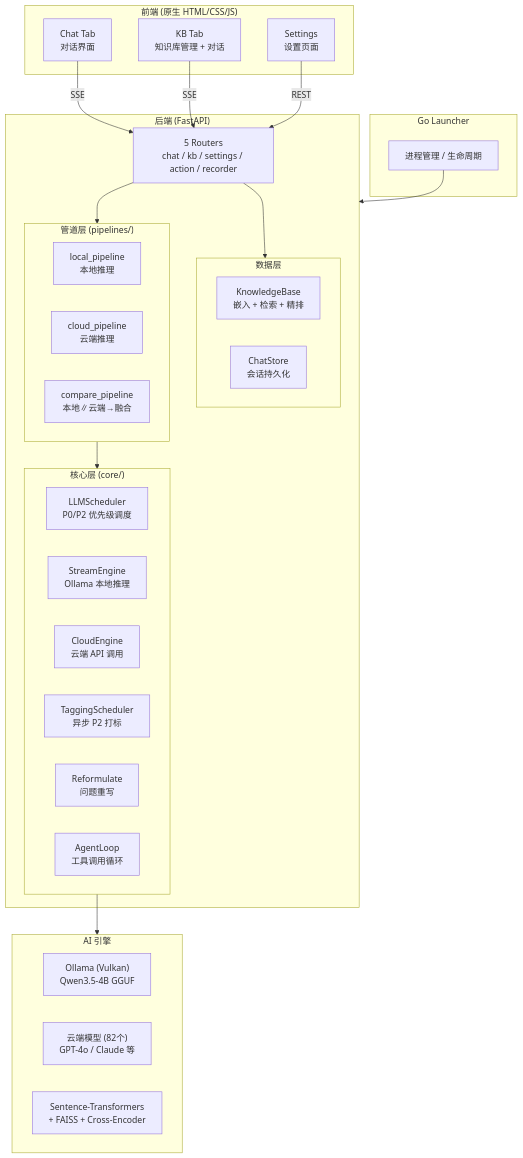
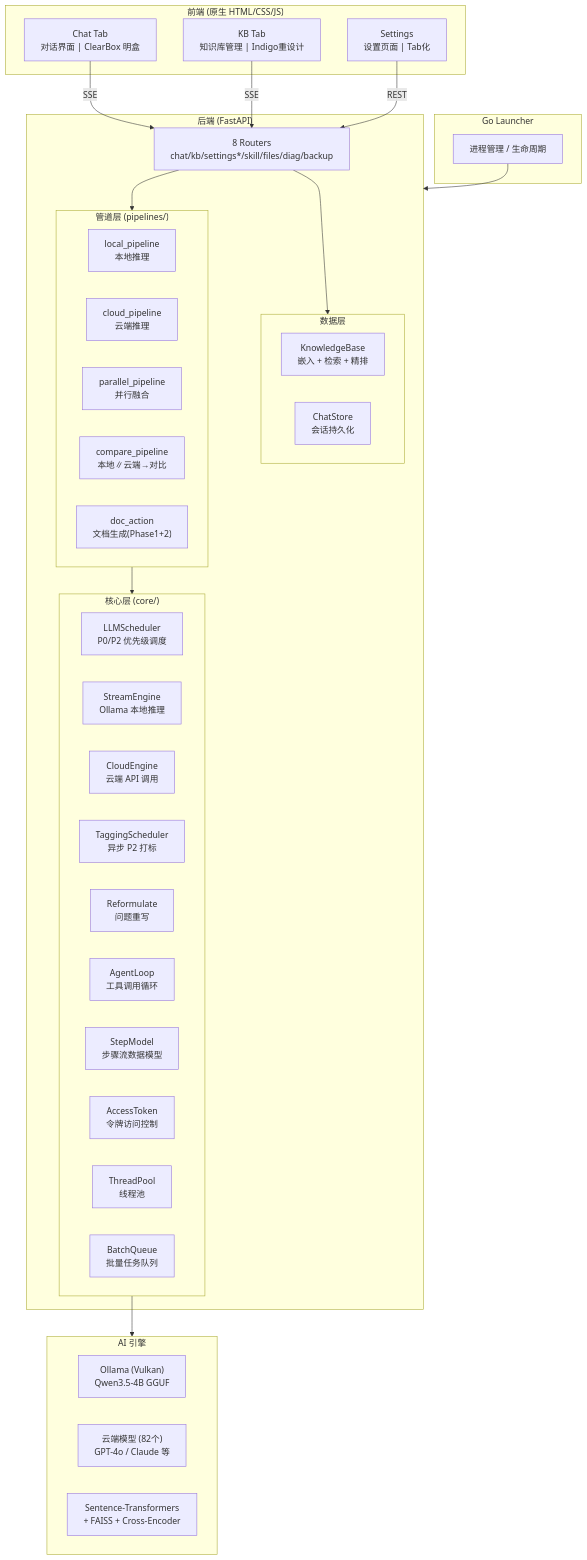
The diagram in docs/设计文档/架构与设计/v0.9-架构总览.md (zwq871482439/sidemate), drawn with Mermaid before and after one commit. The commit also changed other lines of this file and 14 other files, not shown here.

````diff
--- a/docs/设计文档/架构与设计/v0.9-架构总览.md
+++ b/docs/设计文档/架构与设计/v0.9-架构总览.md
@@ -12,51 +12,57 @@
 ```mermaid
 graph TB
     subgraph Frontend["前端 (原生 HTML/CSS/JS)"]
-        UI_CHAT["Chat Tab<br/>对话界面"]
-        UI_KB["KB Tab<br/>知识库管理 + 对话"]
-        UI_SETTINGS["Settings<br/>设置页面"]
+        UI_CHAT["Chat Tab<br/>对话界面 | ClearBox 明盒"]
+        UI_KB["KB Tab<br/>知识库管理 | Indigo重设计"]
+        UI_SETTINGS["Settings<br/>设置页面 | Tab化"]
     end
 
     subgraph Launcher["Go Launcher"]
         GO["进程管理 / 生命周期"]
     end
 
     subgraph Backend["后端 (FastAPI)"]
-        ROUTERS["5 Routers<br/>chat / kb / settings / action / recorder"]
+        ROUTERS["8 Routers<br/>chat/kb/settings*/skill/files/diag/backup"]
 
         subgraph Pipelines["管道层 (pipelines/)"]
             LOCAL_P["local_pipeline<br/>本地推理"]
             CLOUD_P["cloud_pipeline<br/>云端推理"]
-            COMPARE_P["compare_pipeline<br/>本地∥云端→融合"]
+            PARALLEL_P["parallel_pipeline<br/>并行融合"]
+            COMPARE_P["compare_pipeline<br/>本地∥云端→对比"]
+            DOC_P["doc_action<br/>文档生成(Phase1+2)"]
         end
 
         subgraph Core["核心层 (core/)"]
             SCHED["LLMScheduler<br/>P0/P2 优先级调度"]
             SE["StreamEngine<br/>Ollama 本地推理"]
             CE["CloudEngine<br/>云端 API 调用"]
             TAG_S["TaggingScheduler<br/>异步 P2 打标"]
             REFORM["Reformulate<br/>问题重写"]
             AL["AgentLoop<br/>工具调用循环"]
+            STEP["StepModel<br/>步骤流数据模型"]
+            TOKEN["AccessToken<br/>令牌访问控制"]
+            THREAD["ThreadPool<br/>线程池"]
+            BATCH["BatchQueue<br/>批量任务队列"]
         end
 
         subgraph Data["数据层"]
             KB["KnowledgeBase<br/>嵌入 + 检索 + 精排"]
             CS["ChatStore<br/>会话持久化"]
         end
     end
 
     subgraph AI["AI 引擎"]
         OLLAMA["Ollama (Vulkan)<br/>Qwen3.5-4B GGUF"]
         CLOUD_API["云端模型 (82个)<br/>GPT-4o / Claude 等"]
         EMBED["Sentence-Transformers<br/>+ FAISS + Cross-Encoder"]
     end
 
     UI_CHAT -->|SSE| ROUTERS
     UI_KB -->|SSE| ROUTERS
     UI_SETTINGS -->|REST| ROUTERS
     ROUTERS --> Pipelines
     Pipelines --> Core
     Core --> AI
     ROUTERS --> Data
     GO --> Backend
 ```
````
